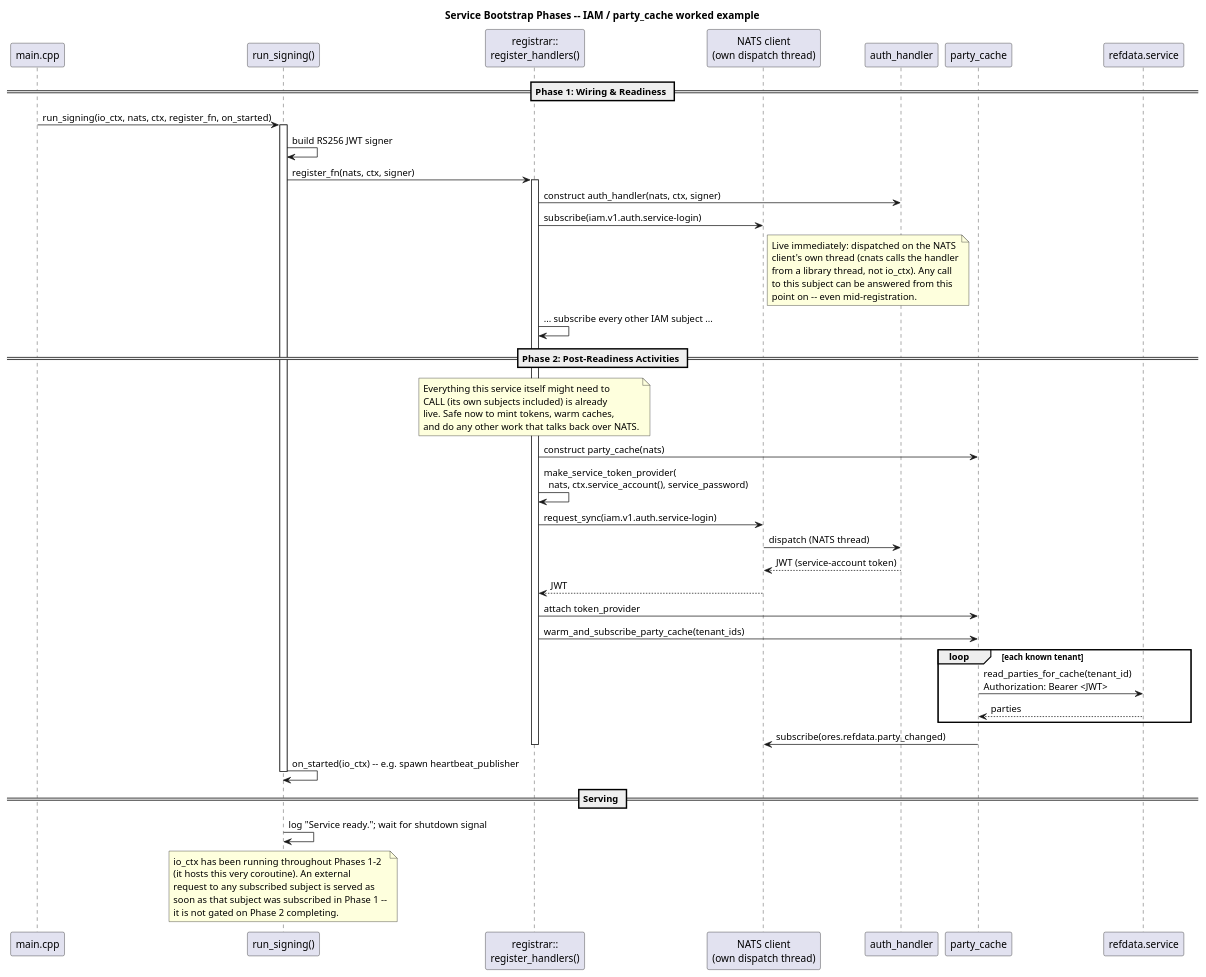
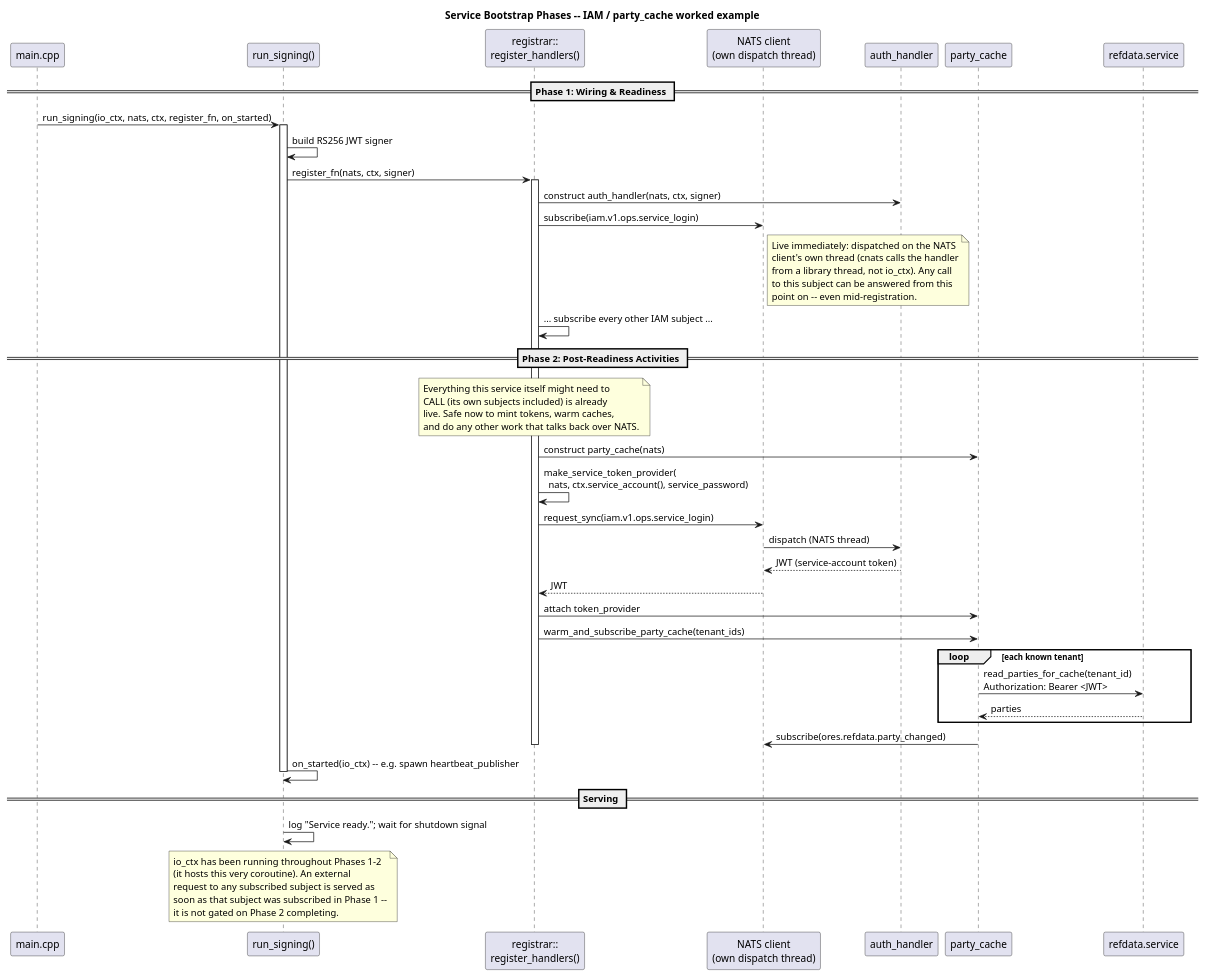
One commit to OreStudio/OreStudio changed the diagram in doc/knowledge/architecture/service_bootstrap_phases_sequence.puml. Above: the diagram before and after it, drawn with PlantUML. The commit also changed 418 other files, not shown here.

```diff
--- a/doc/knowledge/architecture/service_bootstrap_phases_sequence.puml
+++ b/doc/knowledge/architecture/service_bootstrap_phases_sequence.puml
@@ -18,71 +18,71 @@
 @startuml
 
 title Service Bootstrap Phases -- IAM / party_cache worked example
 
 participant "main.cpp" as Main
 participant "run_signing()" as Runner
 participant "registrar::\nregister_handlers()" as Registrar
 participant "NATS client\n(own dispatch thread)" as NatsThread
 participant "auth_handler" as Auth
 participant "party_cache" as Cache
 participant "refdata.service" as Refdata
 
 == Phase 1: Wiring & Readiness ==
 
 Main -> Runner : run_signing(io_ctx, nats, ctx, register_fn, on_started)
 activate Runner
 Runner -> Runner : build RS256 JWT signer
 Runner -> Registrar : register_fn(nats, ctx, signer)
 activate Registrar
 
 Registrar -> Auth : construct auth_handler(nats, ctx, signer)
-Registrar -> NatsThread : subscribe(iam.v1.auth.service-login)
+Registrar -> NatsThread : subscribe(iam.v1.ops.service_login)
 note right of NatsThread
   Live immediately: dispatched on the NATS
   client's own thread (cnats calls the handler
   from a library thread, not io_ctx). Any call
   to this subject can be answered from this
   point on -- even mid-registration.
 end note
 Registrar -> Registrar : ... subscribe every other IAM subject ...
 
 == Phase 2: Post-Readiness Activities ==
 
 note over Registrar
   Everything this service itself might need to
   CALL (its own subjects included) is already
   live. Safe now to mint tokens, warm caches,
   and do any other work that talks back over NATS.
 end note
 
 Registrar -> Cache : construct party_cache(nats)
 Registrar -> Registrar : make_service_token_provider(\n  nats, ctx.service_account(), service_password)
-Registrar -> NatsThread : request_sync(iam.v1.auth.service-login)
+Registrar -> NatsThread : request_sync(iam.v1.ops.service_login)
 NatsThread -> Auth : dispatch (NATS thread)
 Auth --> NatsThread : JWT (service-account token)
 NatsThread --> Registrar : JWT
 Registrar -> Cache : attach token_provider
 
 Registrar -> Cache : warm_and_subscribe_party_cache(tenant_ids)
 loop each known tenant
     Cache -> Refdata : read_parties_for_cache(tenant_id)\nAuthorization: Bearer <JWT>
     Refdata --> Cache : parties
 end
 Cache -> NatsThread : subscribe(ores.refdata.party_changed)
 
 deactivate Registrar
 Runner -> Runner : on_started(io_ctx) -- e.g. spawn heartbeat_publisher
 deactivate Runner
 
 == Serving ==
 
 Runner -> Runner : log "Service ready."; wait for shutdown signal
 note over Runner
   io_ctx has been running throughout Phases 1-2
   (it hosts this very coroutine). An external
   request to any subscribed subject is served as
   soon as that subject was subscribed in Phase 1 --
   it is not gated on Phase 2 completing.
 end note
 
 @enduml
```
